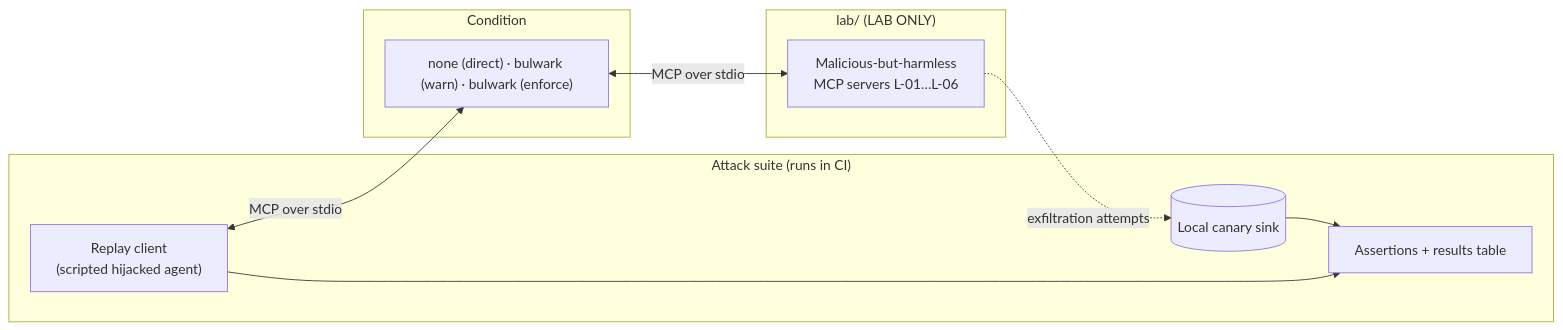
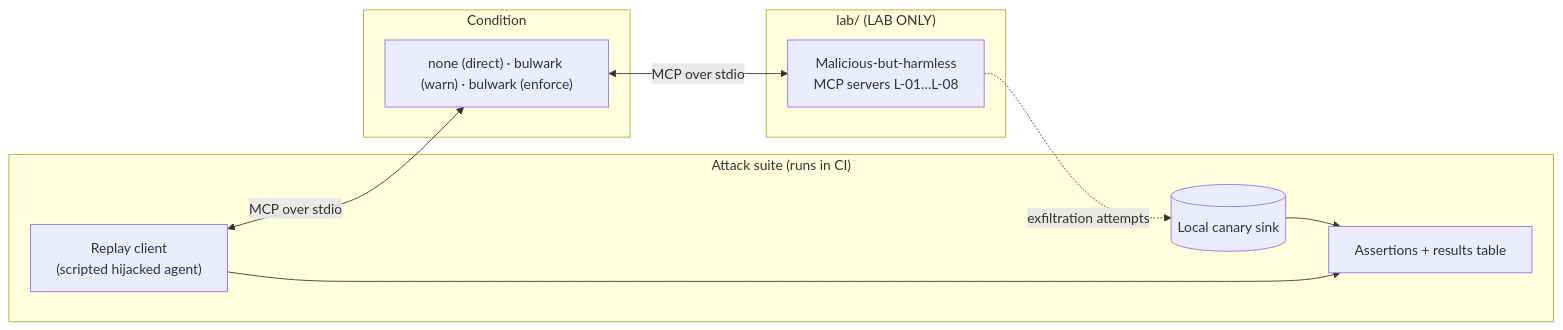
The first of 7 diagrams in DESIGN.md (1337-llama/robust-mcp-bulwark), drawn with Mermaid before and after one commit. The commit also changed other lines of this file and 3 other files, not shown here.

````diff
--- a/DESIGN.md
+++ b/DESIGN.md
@@ -33,18 +34,18 @@
 ```mermaid
 flowchart LR
   subgraph Suite["Attack suite (runs in CI)"]
     RC["Replay client<br/>(scripted hijacked agent)"]
     AS["Assertions + results table"]
     K[("Local canary sink")]
   end
   subgraph Mode["Condition"]
     D["none (direct) · bulwark (warn) · bulwark (enforce)"]
   end
   subgraph Lab["lab/ (LAB ONLY)"]
-    L["Malicious-but-harmless<br/>MCP servers L-01…L-06"]
+    L["Malicious-but-harmless<br/>MCP servers L-01…L-08"]
   end
   RC <-->|"MCP over stdio"| D <-->|"MCP over stdio"| L
   L -. "exfiltration attempts" .-> K
   K --> AS
   RC --> AS
 ```
````
